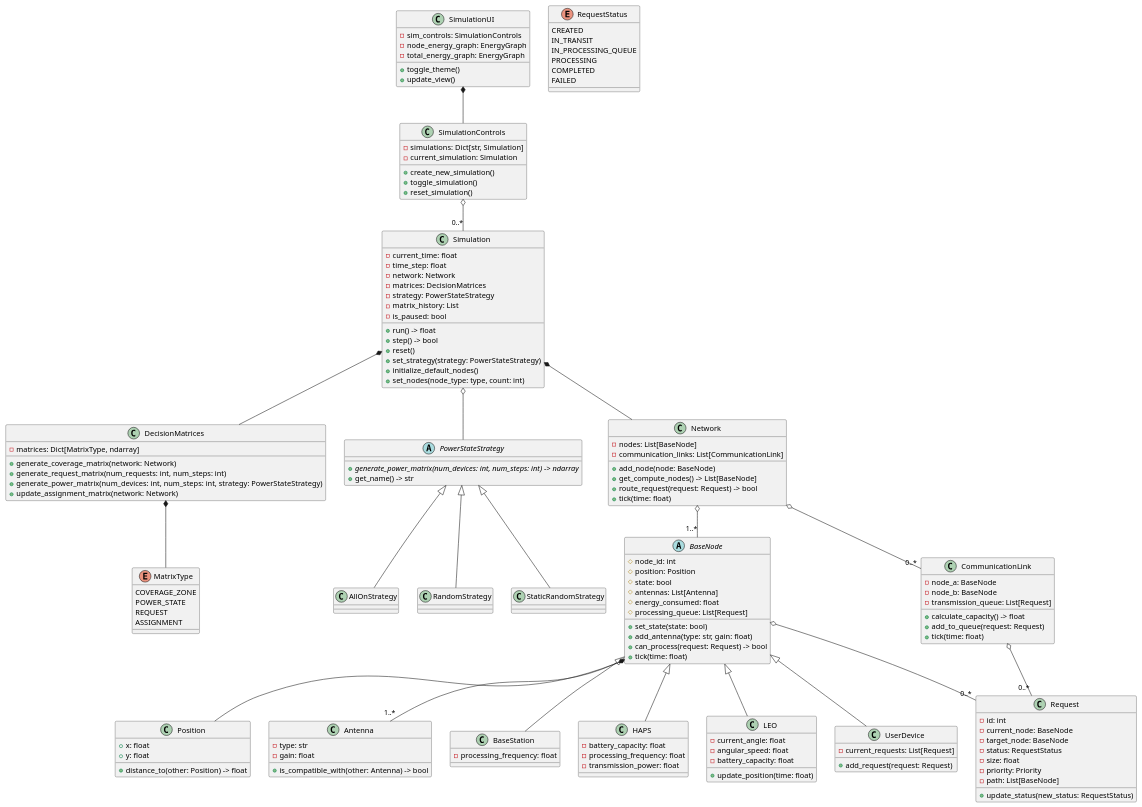
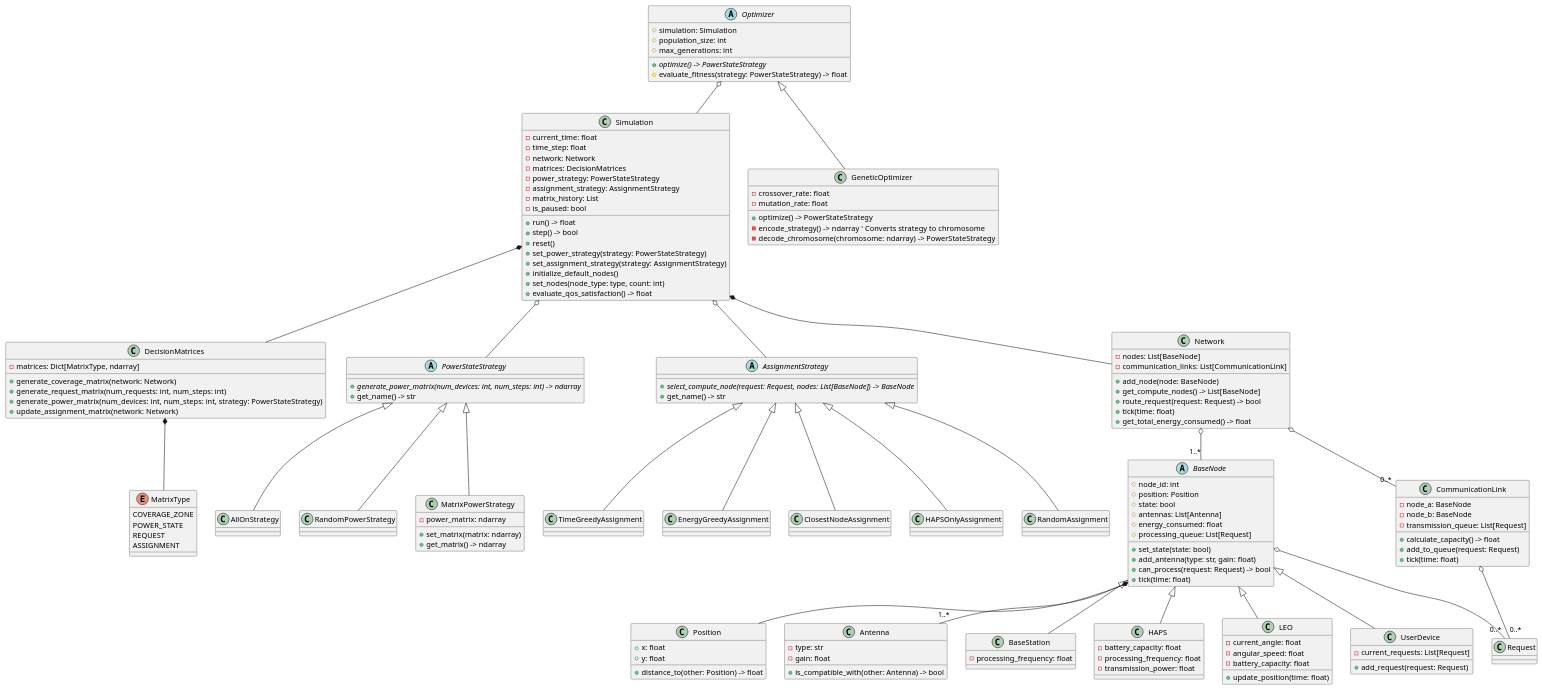
Before and after one commit to SimonR99/OptimisationNTN: the diagram in doc/class_diagram.puml, drawn with PlantUML.

Commit message:
update uml

```diff
--- a/doc/class_diagram.puml
+++ b/doc/class_diagram.puml
@@ -1,165 +1,163 @@
 @startuml
 
 ' Core Components
 class Simulation {
   - current_time: float
   - time_step: float
   - network: Network
   - matrices: DecisionMatrices
-  - strategy: PowerStateStrategy
+  - power_strategy: PowerStateStrategy
+  - assignment_strategy: AssignmentStrategy
   - matrix_history: List
   - is_paused: bool
   + run() -> float
   + step() -> bool
   + reset()
-  + set_strategy(strategy: PowerStateStrategy)
+  + set_power_strategy(strategy: PowerStateStrategy)
+  + set_assignment_strategy(strategy: AssignmentStrategy)
   + initialize_default_nodes()
   + set_nodes(node_type: type, count: int)
+  + evaluate_qos_satisfaction() -> float
 }
 
 class DecisionMatrices {
   - matrices: Dict[MatrixType, ndarray]
   + generate_coverage_matrix(network: Network)
   + generate_request_matrix(num_requests: int, num_steps: int)
   + generate_power_matrix(num_devices: int, num_steps: int, strategy: PowerStateStrategy)
   + update_assignment_matrix(network: Network)
 }
 
+' Strategy Hierarchy
 abstract class PowerStateStrategy {
   + {abstract} generate_power_matrix(num_devices: int, num_steps: int) -> ndarray
   + get_name() -> str
 }
 
-class AllOnStrategy extends PowerStateStrategy
-class RandomStrategy extends PowerStateStrategy
-class StaticRandomStrategy extends PowerStateStrategy
-
-enum MatrixType {
-  COVERAGE_ZONE
-  POWER_STATE
-  REQUEST
-  ASSIGNMENT
+abstract class AssignmentStrategy {
+  + {abstract} select_compute_node(request: Request, nodes: List[BaseNode]) -> BaseNode
+  + get_name() -> str
 }
 
+' Power State Implementations
+class AllOnStrategy extends PowerStateStrategy
+class RandomPowerStrategy extends PowerStateStrategy
+class MatrixPowerStrategy extends PowerStateStrategy {
+  - power_matrix: ndarray
+  + set_matrix(matrix: ndarray)
+  + get_matrix() -> ndarray
+}
+
+' Assignment Implementations
+class TimeGreedyAssignment extends AssignmentStrategy
+class EnergyGreedyAssignment extends AssignmentStrategy
+class ClosestNodeAssignment extends AssignmentStrategy
+class HAPSOnlyAssignment extends AssignmentStrategy
+class RandomAssignment extends AssignmentStrategy
+
+' Network Components
 class Network {
   - nodes: List[BaseNode]
   - communication_links: List[CommunicationLink]
   + add_node(node: BaseNode)
   + get_compute_nodes() -> List[BaseNode]
   + route_request(request: Request) -> bool
   + tick(time: float)
+  + get_total_energy_consumed() -> float
 }
 
 abstract class BaseNode {
   # node_id: int
   # position: Position
   # state: bool
   # antennas: List[Antenna]
   # energy_consumed: float
   # processing_queue: List[Request]
   + set_state(state: bool)
   + add_antenna(type: str, gain: float)
   + can_process(request: Request) -> bool
   + tick(time: float)
 }
 
 class Position {
   + x: float
   + y: float
   + distance_to(other: Position) -> float
 }
 
 class Antenna {
   - type: str
   - gain: float
   + is_compatible_with(other: Antenna) -> bool
 }
 
 class BaseStation extends BaseNode {
   - processing_frequency: float
 }
 
 class HAPS extends BaseNode {
   - battery_capacity: float
   - processing_frequency: float
   - transmission_power: float
 }
 
 class LEO extends BaseNode {
   - current_angle: float
   - angular_speed: float
   - battery_capacity: float
   + update_position(time: float)
 }
 
 class UserDevice extends BaseNode {
   - current_requests: List[Request]
   + add_request(request: Request)
 }
 
 class CommunicationLink {
   - node_a: BaseNode
   - node_b: BaseNode
   - transmission_queue: List[Request]
   + calculate_capacity() -> float
   + add_to_queue(request: Request)
   + tick(time: float)
 }
 
-class Request {
-  - id: int
-  - current_node: BaseNode
-  - target_node: BaseNode
-  - status: RequestStatus
-  - size: float
-  - priority: Priority
-  - path: List[BaseNode]
-  + update_status(new_status: RequestStatus)
+' Optimizers
+abstract class Optimizer {
+  # simulation: Simulation
+  # population_size: int
+  # max_generations: int
+  + {abstract} optimize() -> PowerStateStrategy
+  # evaluate_fitness(strategy: PowerStateStrategy) -> float
 }
 
-enum RequestStatus {
-  CREATED
-  IN_TRANSIT
-  IN_PROCESSING_QUEUE
-  PROCESSING
-  COMPLETED
-  FAILED
+class GeneticOptimizer extends Optimizer {
+  - crossover_rate: float
+  - mutation_rate: float
+  + optimize() -> PowerStateStrategy
+  - encode_strategy() -> ndarray  ' Converts strategy to chromosome
+  - decode_chromosome(chromosome: ndarray) -> PowerStateStrategy
 }
 
-' GUI Components
-class SimulationUI {
-  - sim_controls: SimulationControls
-  - node_energy_graph: EnergyGraph
-  - total_energy_graph: EnergyGraph
-  + toggle_theme()
-  + update_view()
-}
-
-class SimulationControls {
-  - simulations: Dict[str, Simulation]
-  - current_simulation: Simulation
-  + create_new_simulation()
-  + toggle_simulation()
-  + reset_simulation()
+enum MatrixType {
+  COVERAGE_ZONE
+  POWER_STATE
+  REQUEST
+  ASSIGNMENT
 }
 
 ' Relationships
 Simulation *-- Network
 Simulation *-- DecisionMatrices
 Simulation o-- PowerStateStrategy
-
+Simulation o-- AssignmentStrategy
 DecisionMatrices *-- MatrixType
-
 Network o-- "1..*" BaseNode
 Network o-- "0..*" CommunicationLink
-
 BaseNode *-- Position
 BaseNode o-- "1..*" Antenna
 BaseNode o-- "0..*" Request
-
 CommunicationLink o-- "0..*" Request
-
-SimulationUI *-- SimulationControls
-SimulationControls o-- "0..*" Simulation
+Optimizer o-- Simulation
 
 @enduml
```
